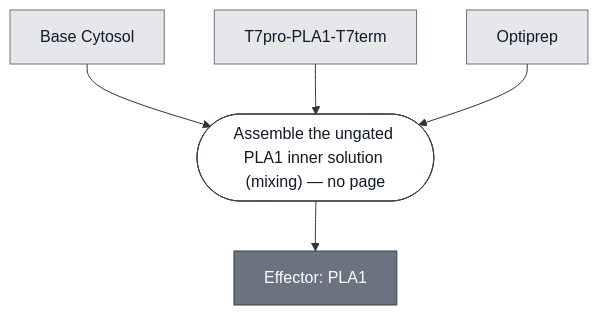
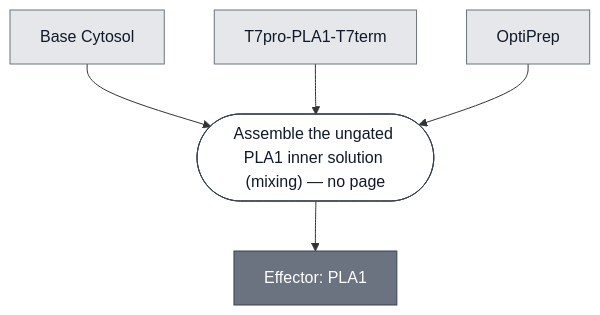
One commit to nucleus-eng/nucleus-docs changed the diagram in docs/modules/effector-pla1/spec.md. Above: the diagram before and after it, drawn with Mermaid. The commit also changed 15 other files, not shown here.

````diff
--- a/docs/modules/effector-pla1/spec.md
+++ b/docs/modules/effector-pla1/spec.md
@@ -31,25 +31,25 @@
 ```mermaid
 flowchart TD
     BASE_CYTOSOL["Base Cytosol"]
     PLA1_DNA["T7pro-PLA1-T7term"]
-    OPTIPREP["Optiprep"]
+    OPTIPREP["OptiPrep"]
 
     P1_ASSEMBLE_PLA1_INNER_SOLUTION_0(["Assemble the ungated PLA1 inner solution (mixing) — no page"])
     EFFECTOR_PLA1["Effector: PLA1"]
 
     BASE_CYTOSOL --> P1_ASSEMBLE_PLA1_INNER_SOLUTION_0
     PLA1_DNA --> P1_ASSEMBLE_PLA1_INNER_SOLUTION_0
     OPTIPREP --> P1_ASSEMBLE_PLA1_INNER_SOLUTION_0
     P1_ASSEMBLE_PLA1_INNER_SOLUTION_0 --> EFFECTOR_PLA1
 
 
     classDef leaf     fill:#e5e7eb,stroke:#6b7280,color:#111827;
     classDef composed fill:#6b7280,stroke:#374151,color:#ffffff;
     classDef process  fill:#ffffff,stroke:#374151,color:#111827;
     class BASE_CYTOSOL,PLA1_DNA,OPTIPREP leaf;
     class EFFECTOR_PLA1 composed;
     class P1_ASSEMBLE_PLA1_INNER_SOLUTION_0 process;
 
     click BASE_CYTOSOL "/docs/modules/base-cytosol/spec"
     click EFFECTOR_PLA1 "/docs/modules/effector-pla1/spec"
 ```
````
